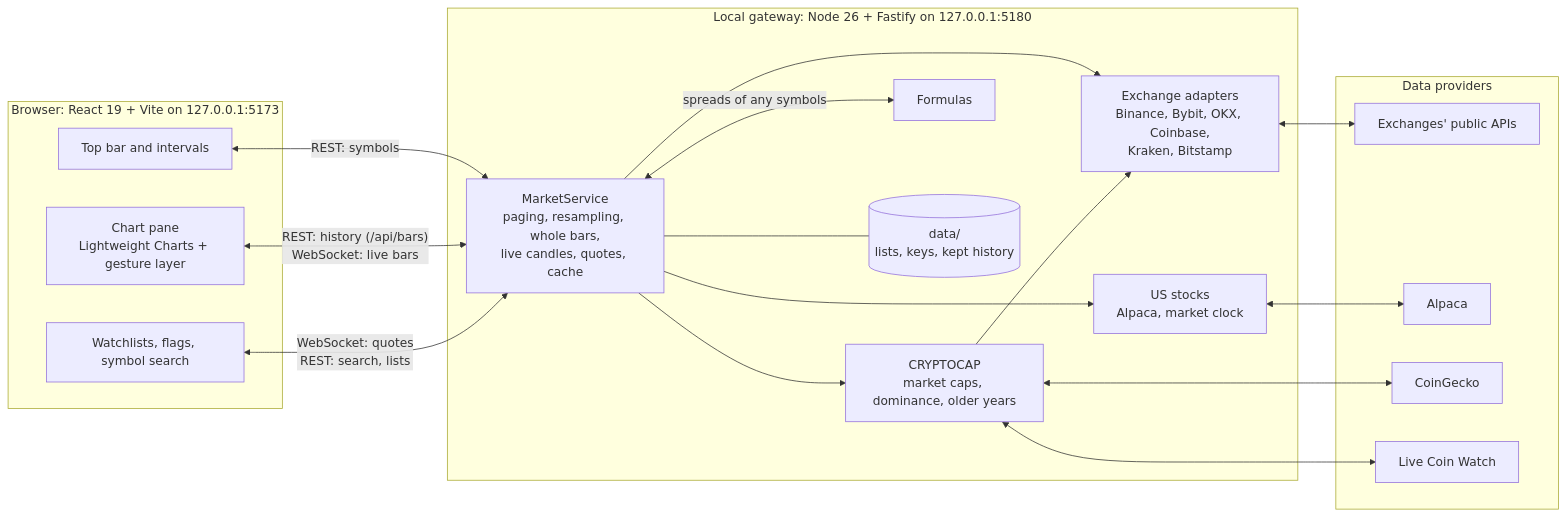
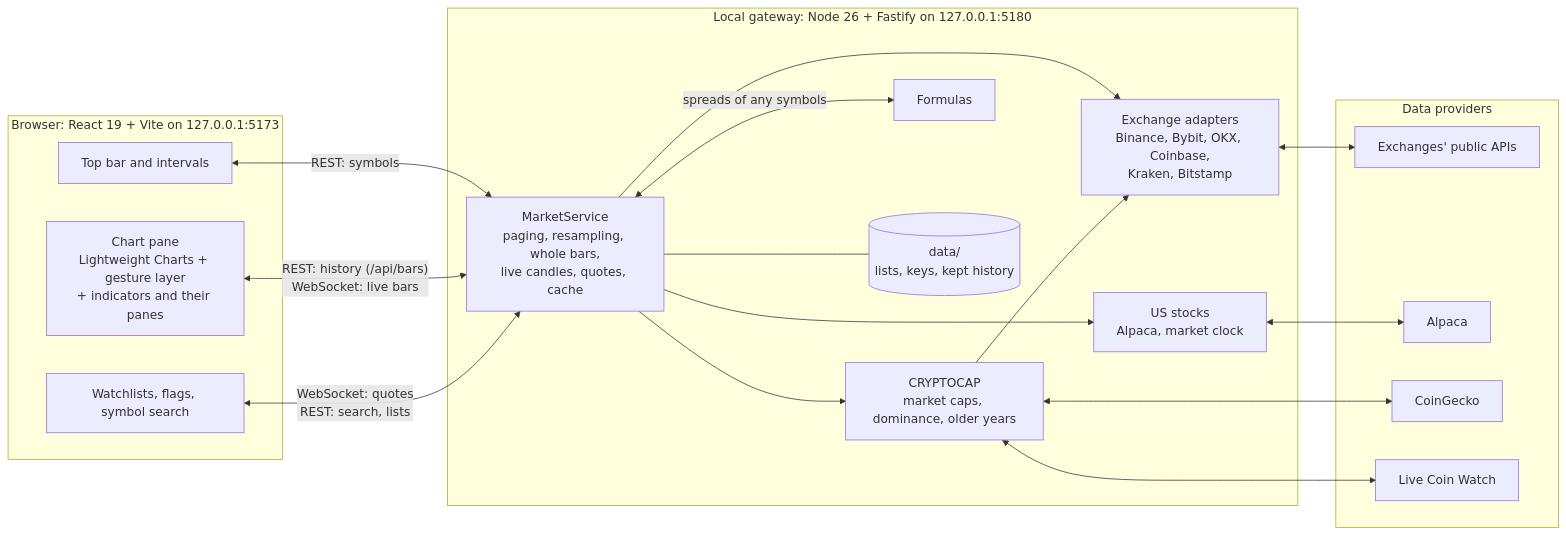
One commit to iamdebasis/TradingNERD changed the first of 6 diagrams in README.md. Above: the diagram before and after it, drawn with Mermaid. The commit also changed other lines of this file and 70 other files, not shown here.

````diff
--- a/README.md
+++ b/README.md
@@ -44,35 +45,35 @@
 ```mermaid
 flowchart LR
   subgraph Browser["Browser: React 19 + Vite on 127.0.0.1:5173"]
     TB["Top bar and intervals"]
-    CH["Chart pane<br/>Lightweight Charts + gesture layer"]
+    CH["Chart pane<br/>Lightweight Charts + gesture layer<br/>+ indicators and their panes"]
     WL["Watchlists, flags, symbol search"]
   end
   subgraph Gateway["Local gateway: Node 26 + Fastify on 127.0.0.1:5180"]
     MS["MarketService<br/>paging, resampling, whole bars,<br/>live candles, quotes, cache"]
     AD["Exchange adapters<br/>Binance, Bybit, OKX, Coinbase,<br/>Kraken, Bitstamp"]
     US["US stocks<br/>Alpaca, market clock"]
     CC["CRYPTOCAP<br/>market caps, dominance, older years"]
     FX["Formulas"]
     ST[("data/<br/>lists, keys, kept history")]
   end
   subgraph Providers["Data providers"]
     EX["Exchanges' public APIs"]
     AL["Alpaca"]
     CG["CoinGecko"]
     LW["Live Coin Watch"]
   end
   TB <-->|"REST: symbols"| MS
   CH <-->|"REST: history (/api/bars)<br/>WebSocket: live bars"| MS
   WL <-->|"WebSocket: quotes<br/>REST: search, lists"| MS
   MS --> AD
   MS --> US
   MS --> CC
   MS <-->|"spreads of any symbols"| FX
   CC --> AD
   AD <--> EX
   US <--> AL
   CC <--> CG
   CC <--> LW
   MS --- ST
 ```
````
